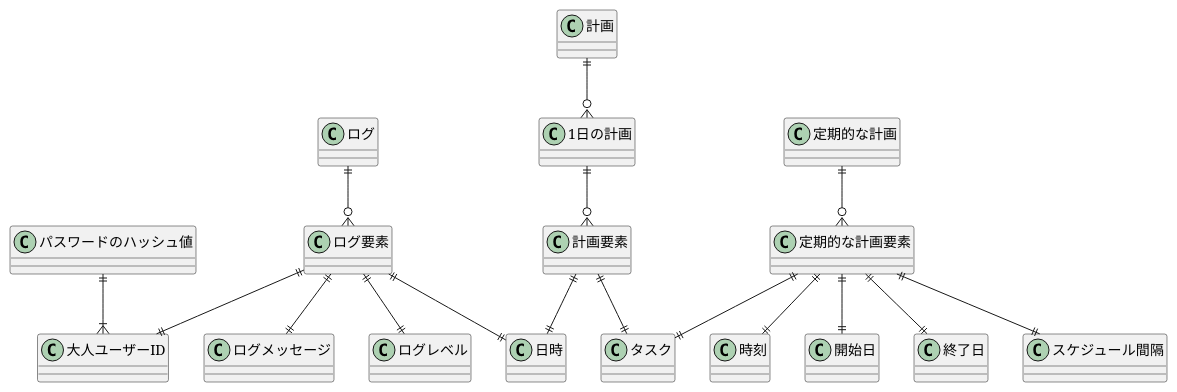
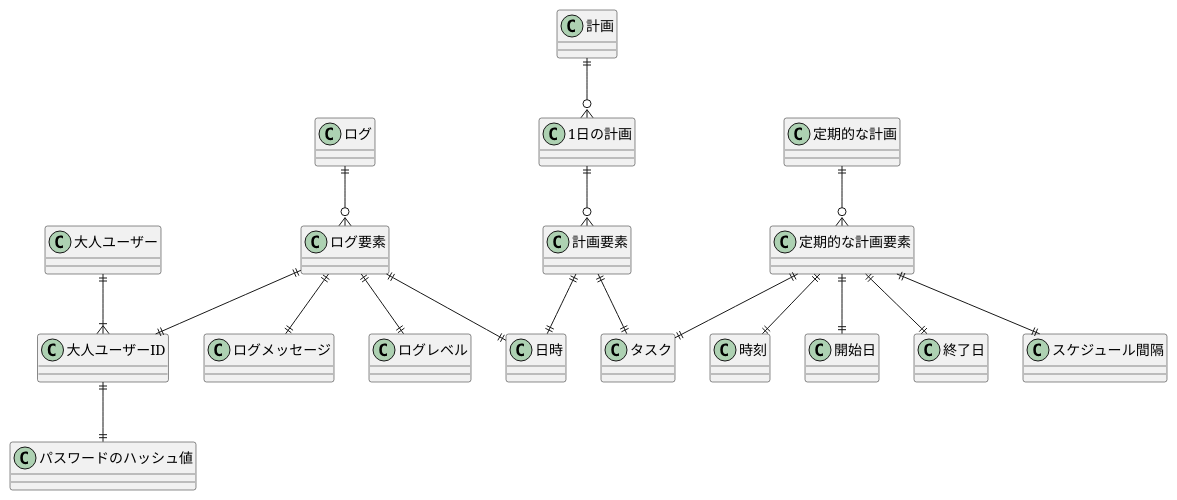
The diagram in docs/er.puml (kusa-mochi/kids-home-base), drawn with PlantUML before and after one commit. The commit also changed 1 other file, not shown here.

Commit message:
ER図を更新

```diff
--- a/docs/er.puml
+++ b/docs/er.puml
@@ -1,19 +1,20 @@
 @startuml erd
 計画 ||--o{ 1日の計画
 1日の計画 ||--o{ 計画要素
 計画要素 ||--|| 日時
 計画要素 ||--|| タスク
 定期的な計画 ||--o{ 定期的な計画要素
 定期的な計画要素 ||--|| スケジュール間隔
 定期的な計画要素 ||--|| 時刻
 定期的な計画要素 ||--|| 開始日
 定期的な計画要素 ||--|| 終了日
 定期的な計画要素 ||--|| タスク
-パスワードのハッシュ値 ||--|{ 大人ユーザーID
+大人ユーザー ||--|{ 大人ユーザーID
+大人ユーザーID ||--|| パスワードのハッシュ値
 ログ ||--o{ ログ要素
 ログ要素 ||--|| 日時
 ログ要素 ||--|| ログレベル
 ログ要素 ||--|| ログメッセージ
 ログ要素 ||--|| 大人ユーザーID
 
 @enduml
```
